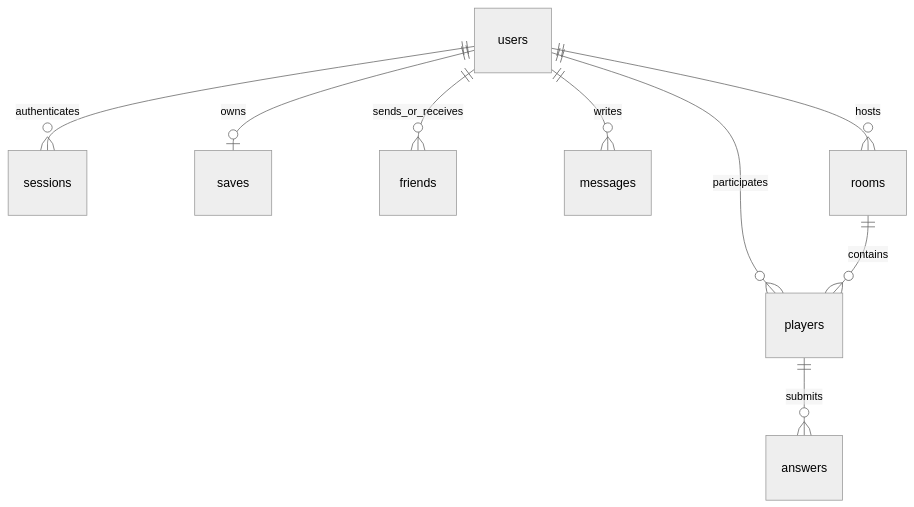
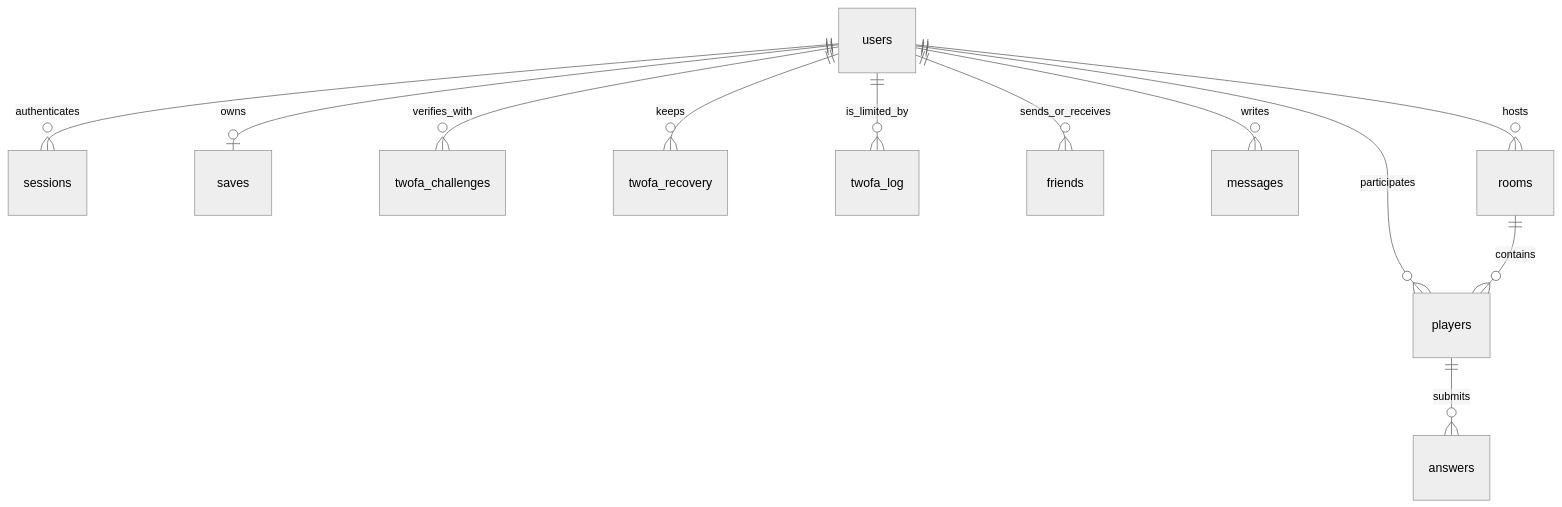
The diagram in README.md (mPeskov23/null-city), drawn with Mermaid (neutral theme) before and after one commit. The commit also changed other lines of this file and 6 other files, not shown here.

````diff
--- a/README.md
+++ b/README.md
@@ -195,11 +208,14 @@
 ```mermaid
 erDiagram
   users ||--o{ sessions : authenticates
   users ||--o| saves : owns
+  users ||--o{ twofa_challenges : verifies_with
+  users ||--o{ twofa_recovery : keeps
+  users ||--o{ twofa_log : is_limited_by
   users ||--o{ friends : sends_or_receives
   users ||--o{ messages : writes
   users ||--o{ rooms : hosts
   users ||--o{ players : participates
   rooms ||--o{ players : contains
   players ||--o{ answers : submits
 ```
````
